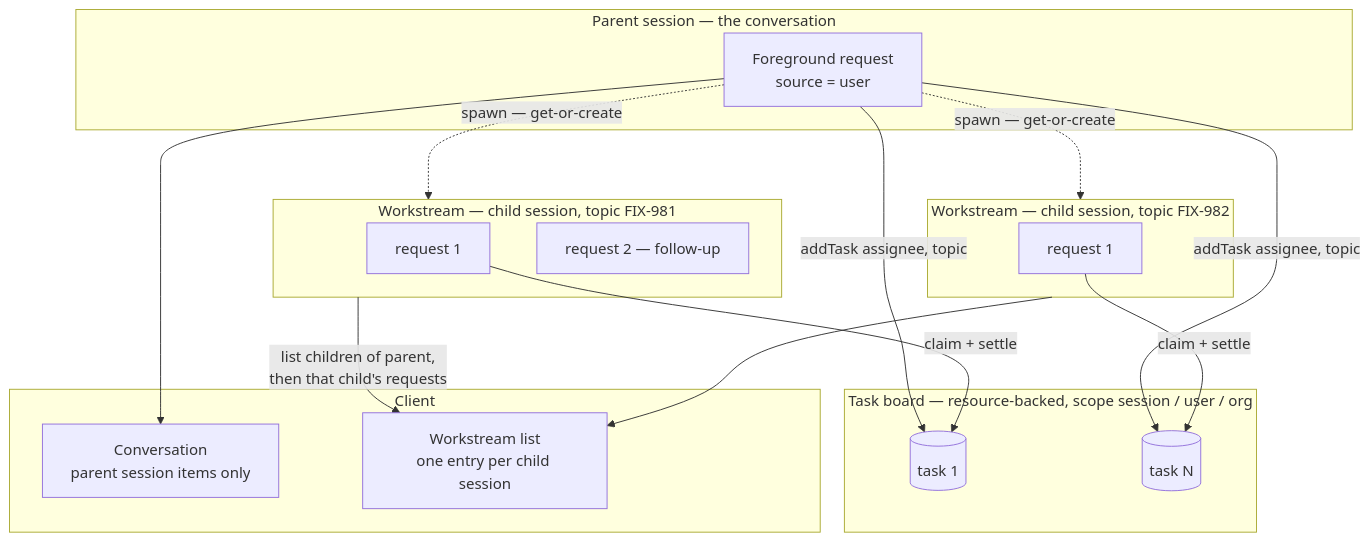
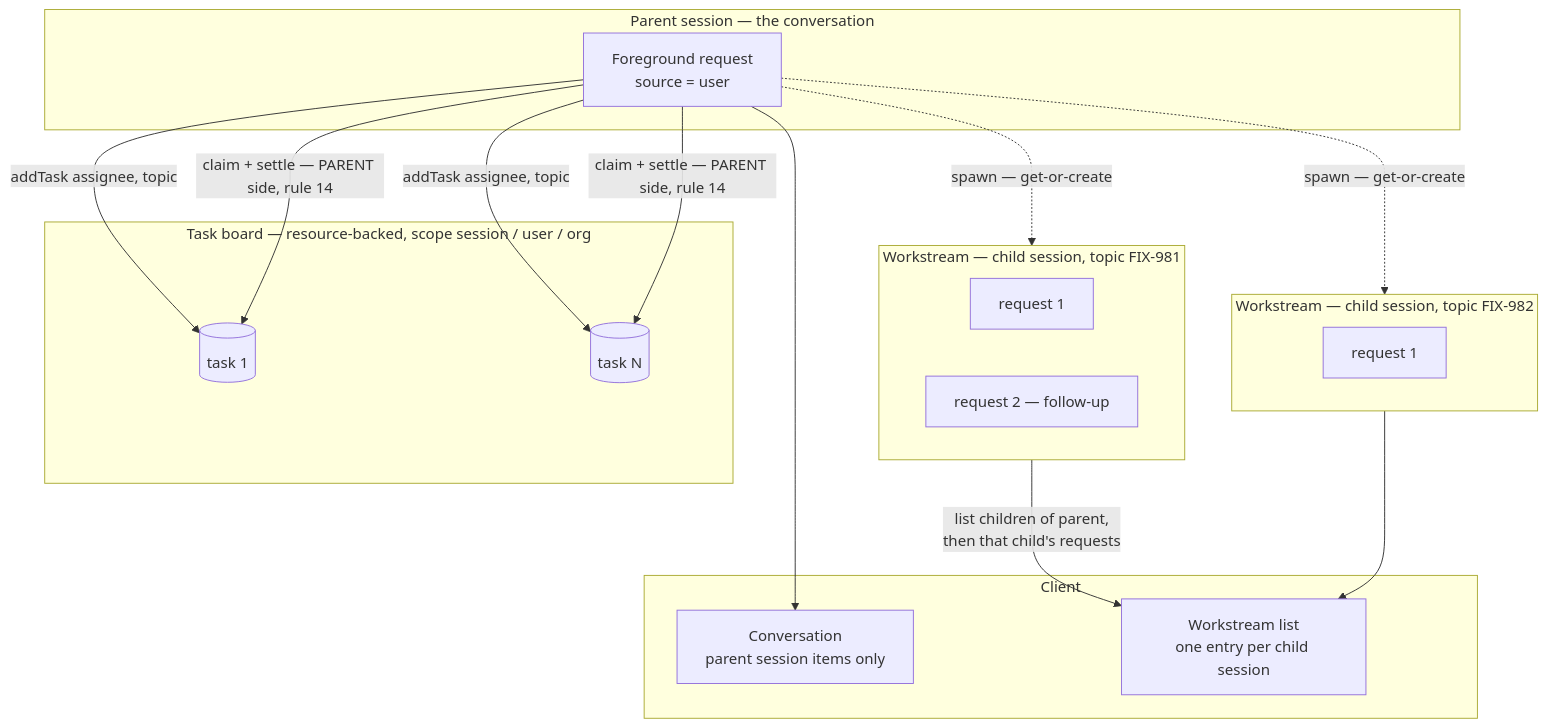
One commit to fixpoint-labs/flow-state-dev changed the second of 2 diagrams in docs/specs/_epics/durable-jobs.md. Above: the diagram before and after it, drawn with Mermaid. The commit also changed other lines of this file, not shown here.

````diff
--- a/docs/specs/_epics/durable-jobs.md
+++ b/docs/specs/_epics/durable-jobs.md
@@ -1338,30 +1351,30 @@
 ```mermaid
 flowchart TB
   subgraph S["Parent session — the conversation"]
     FG["Foreground request<br/>source = user"]
   end
   subgraph W1["Workstream — child session, topic FIX-981"]
     R1["request 1"]
     R1B["request 2 — follow-up"]
   end
   subgraph WN["Workstream — child session, topic FIX-982"]
     RN["request 1"]
   end
   subgraph BD["Task board — resource-backed, scope session / user / org"]
     T1[(task 1)]
     TN[(task N)]
   end
   subgraph UI["Client"]
     CONV["Conversation<br/>parent session items only"]
     TASKS["Workstream list<br/>one entry per child session"]
   end
   FG -->|addTask assignee, topic| T1
   FG -->|addTask assignee, topic| TN
   FG -.->|spawn — get-or-create| W1
   FG -.->|spawn — get-or-create| WN
-  R1 -->|claim + settle| T1
-  RN -->|claim + settle| TN
+  FG -->|claim + settle — PARENT side, rule 14| T1
+  FG -->|claim + settle — PARENT side, rule 14| TN
   FG --> CONV
   W1 -->|list children of parent,<br/>then that child's requests| TASKS
   WN --> TASKS
 ```
````
